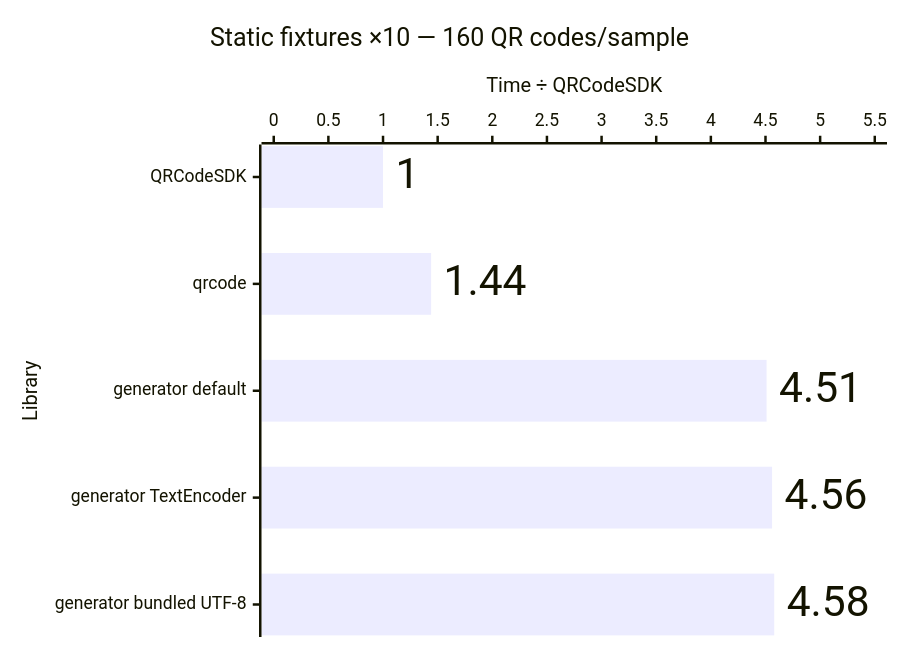
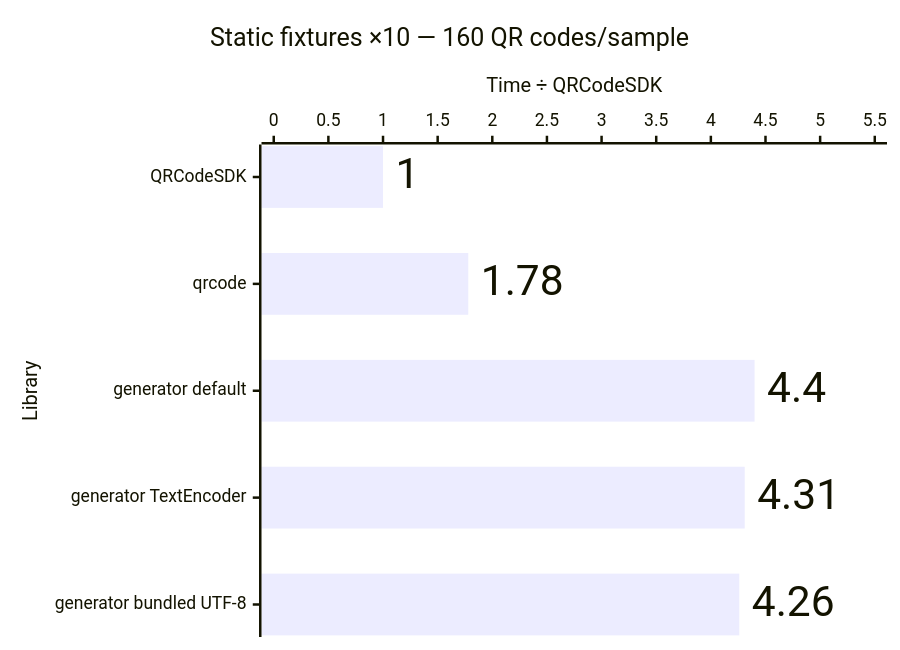
One commit to Dafnik/qrcodesdk changed the third of 12 diagrams in apps/docs/src/content/docs/guides/performance.md. Above: the diagram before and after it, drawn with Mermaid. The commit also changed other lines of this file, not shown here.

````diff
--- a/apps/docs/src/content/docs/guides/performance.md
+++ b/apps/docs/src/content/docs/guides/performance.md
@@ -57,15 +57,15 @@
 ```mermaid
 ---
 config:
   xyChart:
     showDataLabel: true
     showDataLabelOutsideBar: true
 ---
 xychart horizontal
   accTitle: Matrix generation: Static fixtures ×10 — 160 QR codes/sample
-  accDescr: Relative median time compared with QRCodeSDK. QRCodeSDK 1.00 times, qrcode 1.44 times, generator default 4.51 times, generator TextEncoder 4.56 times, generator bundled UTF-8 4.58 times. Lower is better.
+  accDescr: Relative median time compared with QRCodeSDK. QRCodeSDK 1.00 times, qrcode 1.78 times, generator default 4.40 times, generator TextEncoder 4.31 times, generator bundled UTF-8 4.26 times. Lower is better.
   title "Static fixtures ×10 — 160 QR codes/sample"
   x-axis "Library" ["QRCodeSDK", "qrcode", "generator default", "generator TextEncoder", "generator bundled UTF-8"]
   y-axis "Time ÷ QRCodeSDK" 0 --> 5.5
-  bar [1.00, 1.44, 4.51, 4.56, 4.58]
+  bar [1.00, 1.78, 4.40, 4.31, 4.26]
 ```
````
